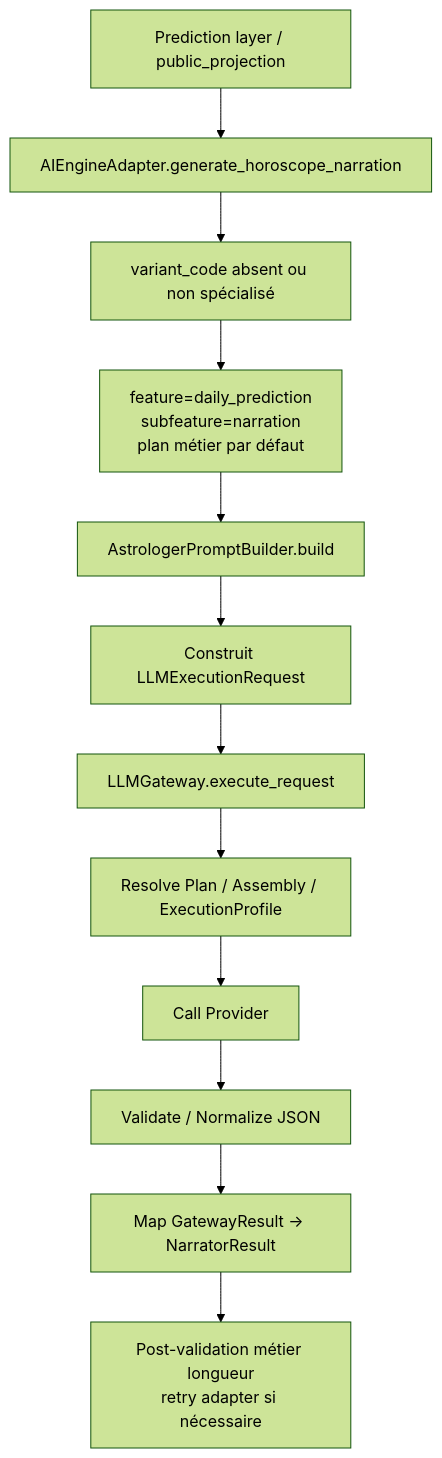
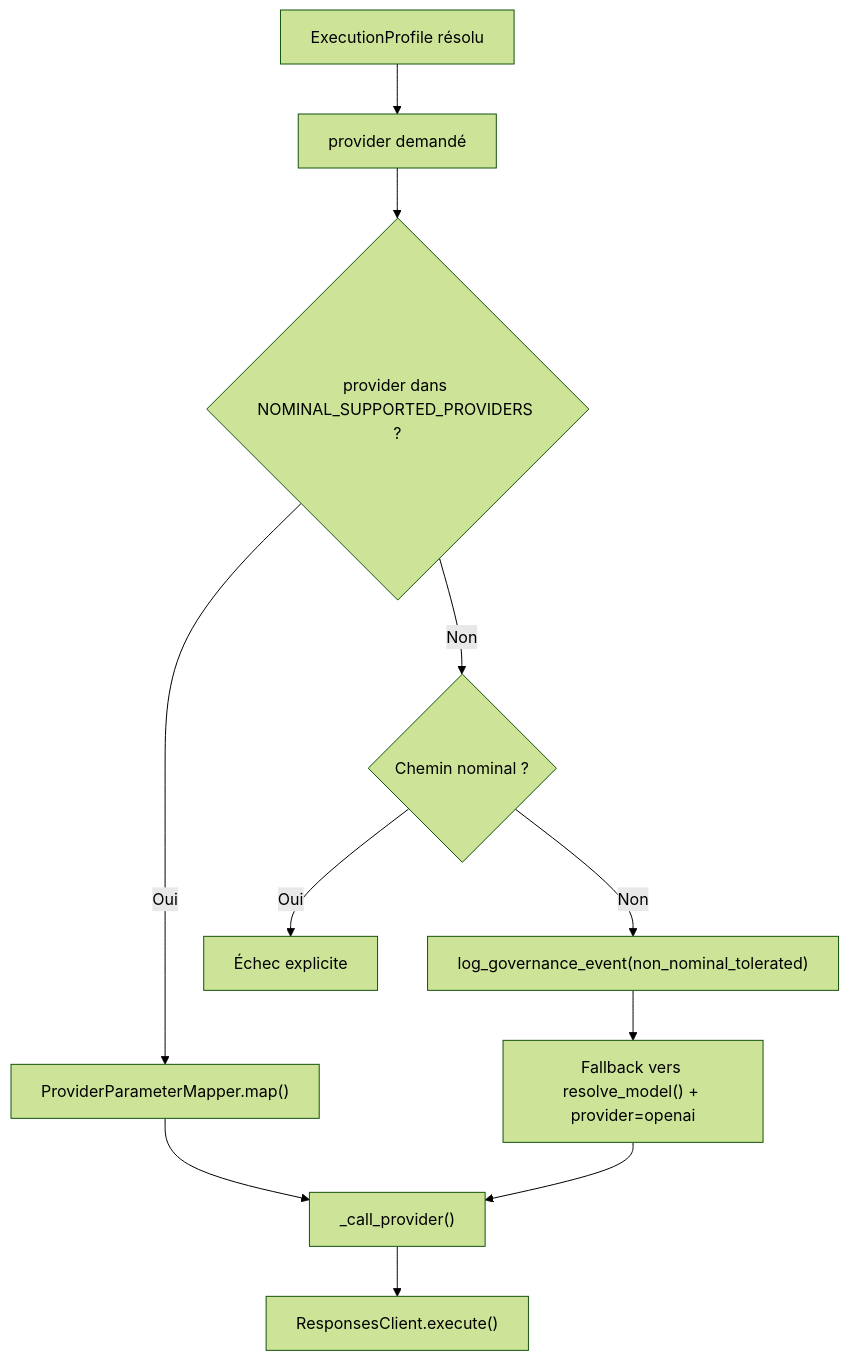
Before and after one commit to daconrilcy/horoscope_front: the fifth of 6 diagrams in docs/llm-prompt-generation-by-feature.md, drawn with Mermaid (forest theme). The commit also changed other lines of this file and 32 other files, not shown here.

````diff
--- a/docs/llm-prompt-generation-by-feature.md
+++ b/docs/llm-prompt-generation-by-feature.md
@@ -265,14 +371,13 @@
 ```mermaid
 flowchart TD
-    A["Prediction layer / public_projection"] --> B["AIEngineAdapter.generate_horoscope_narration"]
-    B --> C["variant_code absent ou non spécialisé"]
-    C --> D["feature=daily_prediction<br/>subfeature=narration<br/>plan métier par défaut"]
-    D --> E["AstrologerPromptBuilder.build"]
-    E --> F["Construit LLMExecutionRequest"]
-    F --> G["LLMGateway.execute_request"]
-    G --> H["Resolve Plan / Assembly / ExecutionProfile"]
-    H --> I["Call Provider"]
-    I --> J["Validate / Normalize JSON"]
-    J --> K["Map GatewayResult -> NarratorResult"]
-    K --> L["Post-validation métier longueur<br/>retry adapter si nécessaire"]
+    A["ExecutionProfile résolu"] --> B["provider demandé"]
+    B --> C{"provider dans NOMINAL_SUPPORTED_PROVIDERS ?"}
+    C -->|Oui| D["ProviderParameterMapper.map()"]
+    C -->|Non| E{"Chemin nominal ?"}
+    E -->|Oui| F["Échec explicite"]
+    E -->|Non| G["log_governance_event(non_nominal_tolerated)"]
+    G --> H["Fallback vers resolve_model() + provider=openai"]
+    D --> I["_call_provider()"]
+    H --> I
+    I --> J["ResponsesClient.execute()"]
 ```
````
